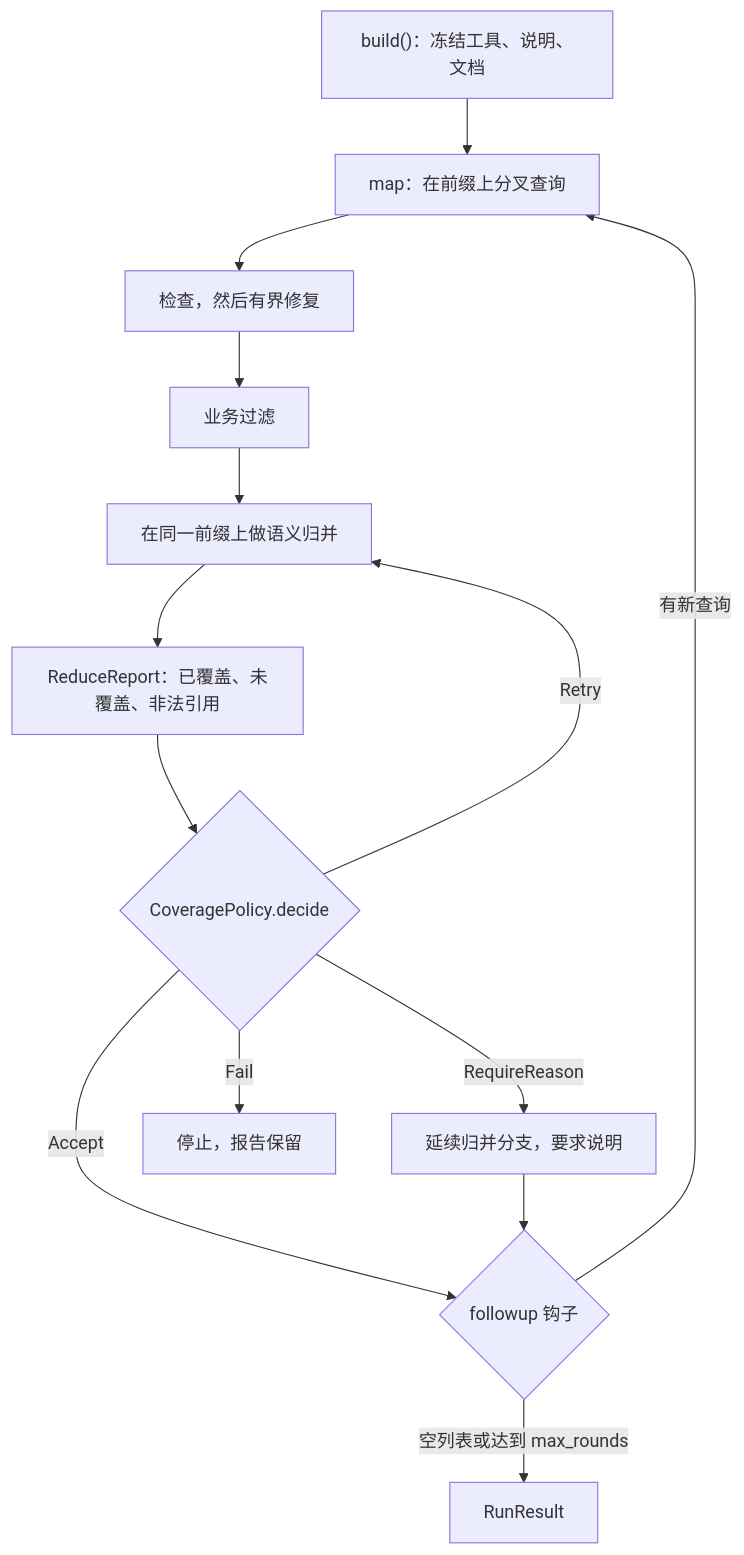
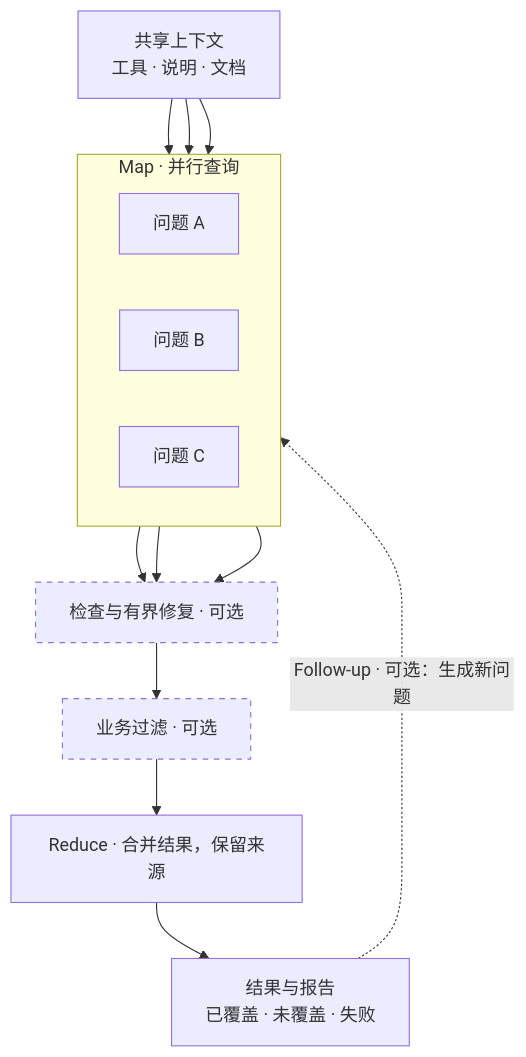
Before and after one commit to 426ai/forkreduce: the first of 3 diagrams in README.zh-CN.md, drawn with Mermaid. The commit also changed other lines of this file and 3 other files, not shown here.

First line of the commit message:
Update README and add overview diagrams for forkreduce.

````diff
--- a/README.zh-CN.md
+++ b/README.zh-CN.md
@@ -40,16 +172,27 @@
 ```mermaid
-flowchart TD
-    build["build()：冻结工具、说明、文档"] --> map["map：在前缀上分叉查询"]
-    map --> check["检查，然后有界修复"]
-    check --> filter["业务过滤"]
-    filter --> reduce["在同一前缀上做语义归并"]
-    reduce --> report["ReduceReport：已覆盖、未覆盖、非法引用"]
-    report --> policy{"CoveragePolicy.decide"}
-    policy -->|Accept| follow{"followup 钩子"}
-    policy -->|RequireReason| reason["延续归并分支，要求说明"]
-    policy -->|Retry| reduce
-    policy -->|Fail| stop["停止，报告保留"]
-    reason --> follow
-    follow -->|有新查询| map
-    follow -->|空列表或达到 max_rounds| done["RunResult"]
+flowchart TB
+    context["共享上下文<br/>工具 · 说明 · 文档"]
+
+    subgraph map["Map · 并行查询"]
+        direction LR
+        q1["问题 A"]
+        q2["问题 B"]
+        q3["问题 C"]
+    end
+
+    context --> q1
+    context --> q2
+    context --> q3
+
+    q1 --> check["检查与有界修复 · 可选"]
+    q2 --> check
+    q3 --> check
+    check --> filter["业务过滤 · 可选"]
+    filter --> reduce["Reduce · 合并结果，保留来源"]
+    reduce --> result["结果与报告<br/>已覆盖 · 未覆盖 · 失败"]
+
+    result -.->|"Follow-up · 可选：生成新问题"| map
+
+    style check stroke-dasharray: 5 5
+    style filter stroke-dasharray: 5 5
 ```
````
